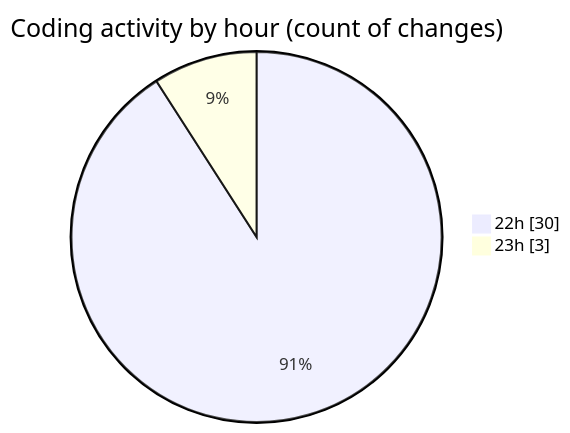
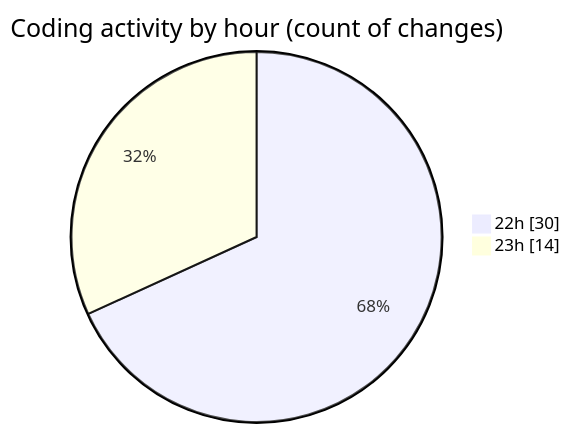
Before and after one commit to MatusMokan/code-tracking: the second of 2 diagrams in 2025-03-26/myws__workspace_/README.md, drawn with Mermaid. The commit also changed other lines of this file and 1 other file, not shown here.

````diff
--- a/2025-03-26/myws__workspace_/README.md
+++ b/2025-03-26/myws__workspace_/README.md
@@ -28,6 +28,6 @@
 ```mermaid
 pie showData
 title Coding activity by hour (count of changes)
 "22h" : 30
-"23h" : 3
+"23h" : 14
 ```
````
